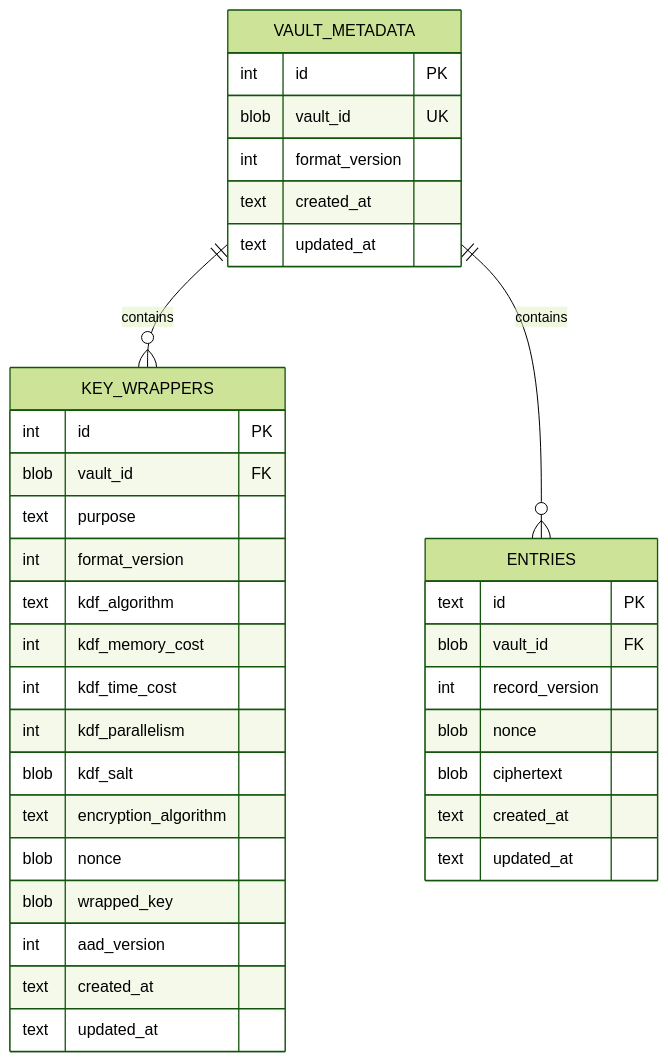
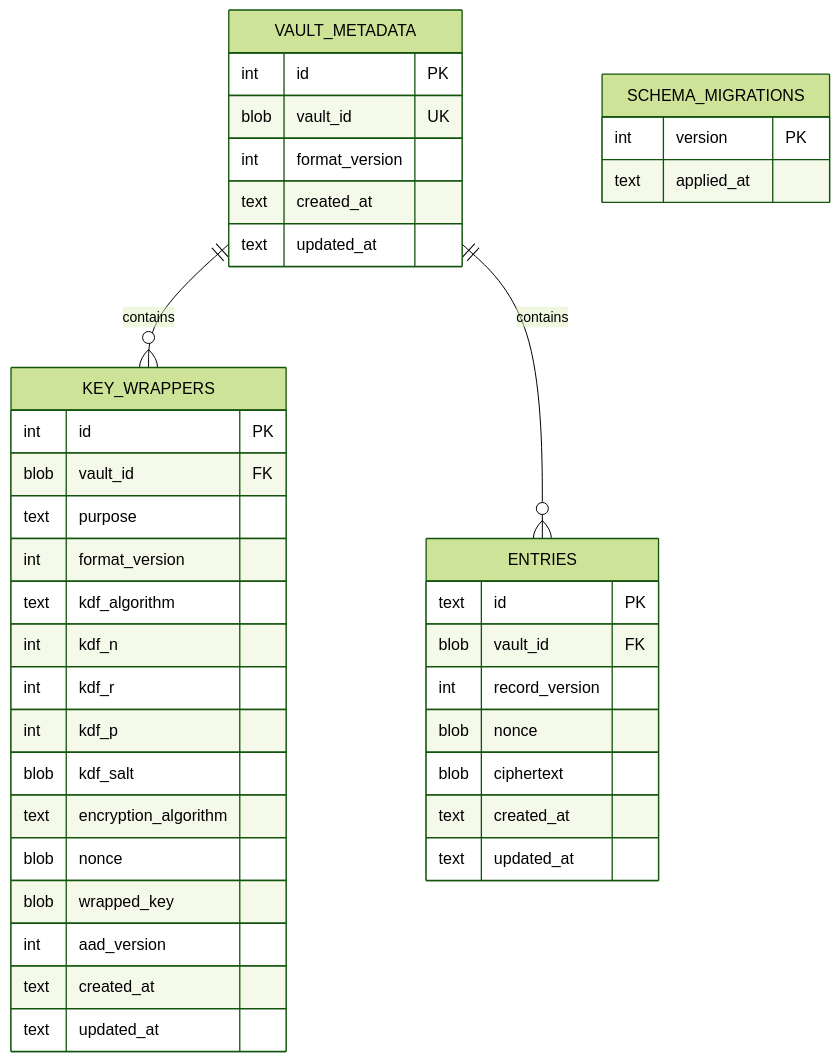
One commit to xominnow/password-manager changed the diagram in docs/database/DATABASE_DESIGN_REVIEW.md. Above: the diagram before and after it, drawn with Mermaid (forest theme). The commit also changed other lines of this file and 131 other files, not shown here.

````diff
--- a/docs/database/DATABASE_DESIGN_REVIEW.md
+++ b/docs/database/DATABASE_DESIGN_REVIEW.md
@@ -11,38 +11,42 @@
 ```mermaid
 erDiagram
     VAULT_METADATA ||--o{ KEY_WRAPPERS : contains
     VAULT_METADATA ||--o{ ENTRIES : contains
     VAULT_METADATA {
         int id PK
         blob vault_id UK
         int format_version
         text created_at
         text updated_at
     }
     KEY_WRAPPERS {
         int id PK
         blob vault_id FK
         text purpose
         int format_version
         text kdf_algorithm
-        int kdf_memory_cost
-        int kdf_time_cost
-        int kdf_parallelism
+        int kdf_n
+        int kdf_r
+        int kdf_p
         blob kdf_salt
         text encryption_algorithm
         blob nonce
         blob wrapped_key
         int aad_version
         text created_at
         text updated_at
     }
     ENTRIES {
         text id PK
         blob vault_id FK
         int record_version
         blob nonce
         blob ciphertext
         text created_at
         text updated_at
     }
+    SCHEMA_MIGRATIONS {
+        int version PK
+        text applied_at
+    }
 ```
````
